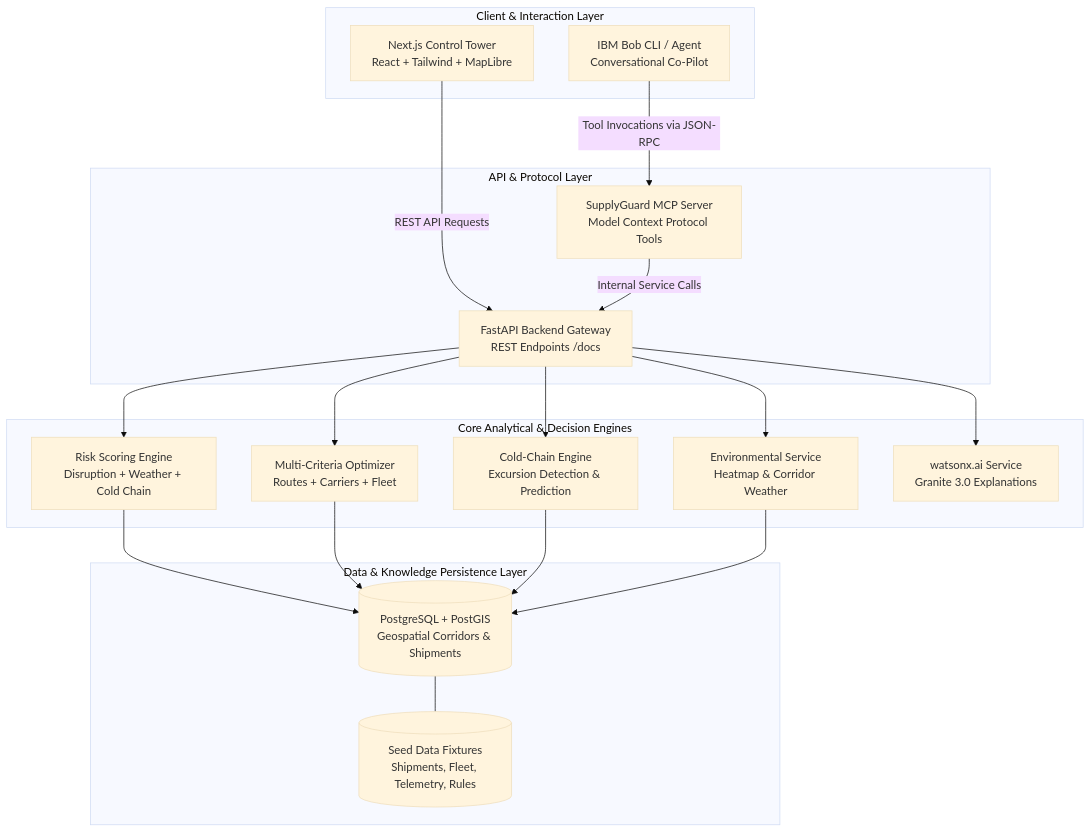
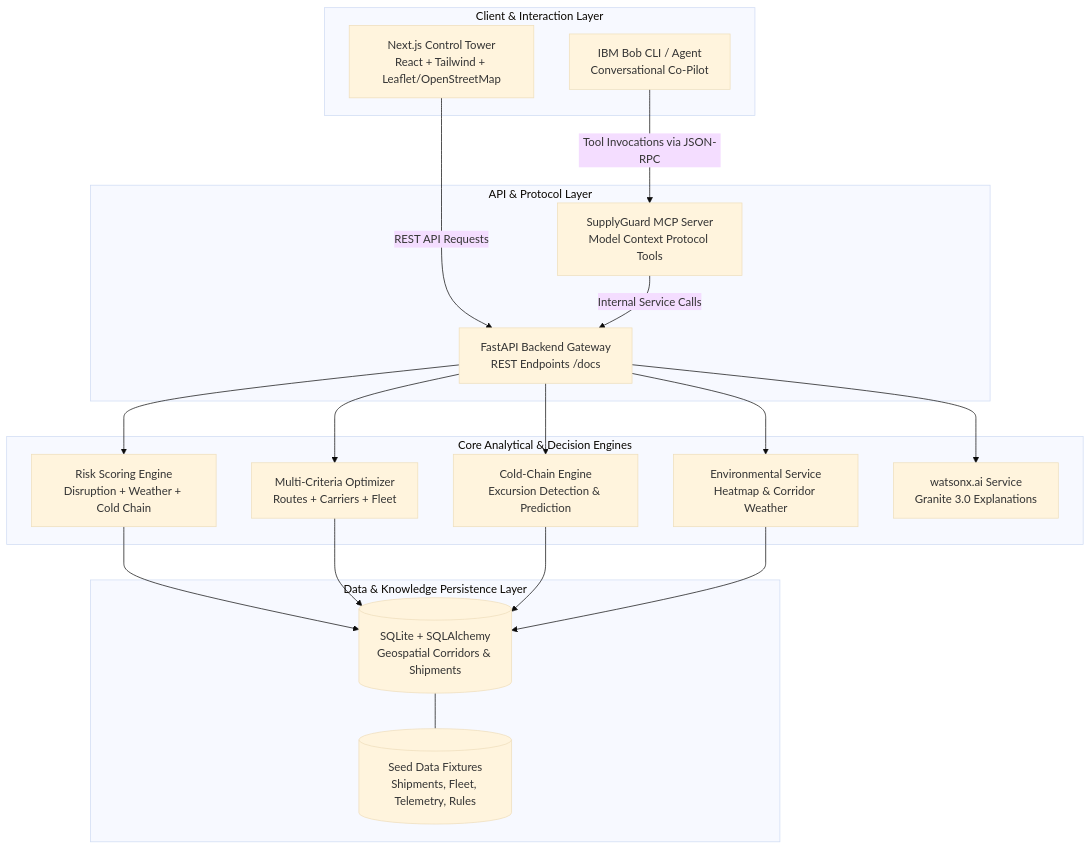
Before and after one commit to Tirthmantri20/bob-ai-hackathon-Amoung-us: the first of 2 diagrams in docs/architecture.md, drawn with Mermaid (base theme). The commit also changed other lines of this file and 39 other files, not shown here.

````diff
--- a/docs/architecture.md
+++ b/docs/architecture.md
@@ -7,42 +7,42 @@
 ```mermaid
 flowchart TD
     subgraph ClientLayer [Client & Interaction Layer]
-        FE[Next.js Control Tower<br/>React + Tailwind + MapLibre]
+        FE[Next.js Control Tower<br/>React + Tailwind + Leaflet/OpenStreetMap]
         BOB[IBM Bob CLI / Agent<br/>Conversational Co-Pilot]
     end
 
     subgraph InterfaceLayer [API & Protocol Layer]
         API[FastAPI Backend Gateway<br/>REST Endpoints /docs]
         MCP[SupplyGuard MCP Server<br/>Model Context Protocol Tools]
     end
 
     subgraph ComputeEngines [Core Analytical & Decision Engines]
         RISK[Risk Scoring Engine<br/>Disruption + Weather + Cold Chain]
         OPT[Multi-Criteria Optimizer<br/>Routes + Carriers + Fleet]
         CC[Cold-Chain Engine<br/>Excursion Detection & Prediction]
         WX[Environmental Service<br/>Heatmap & Corridor Weather]
         AI[watsonx.ai Service<br/>Granite 3.0 Explanations]
     end
 
     subgraph DataPersistence [Data & Knowledge Persistence Layer]
-        DB[(PostgreSQL + PostGIS<br/>Geospatial Corridors & Shipments)]
+        DB[(SQLite + SQLAlchemy<br/>Geospatial Corridors & Shipments)]
         FIXTURES[(Seed Data Fixtures<br/>Shipments, Fleet, Telemetry, Rules)]
     end
 
     FE -->|REST API Requests| API
     BOB -->|Tool Invocations via JSON-RPC| MCP
     MCP -->|Internal Service Calls| API
 
     API --> RISK
     API --> OPT
     API --> CC
     API --> WX
     API --> AI
 
     RISK --> DB
     OPT --> DB
     CC --> DB
     WX --> DB
 
     DB --- FIXTURES
 ```
````
